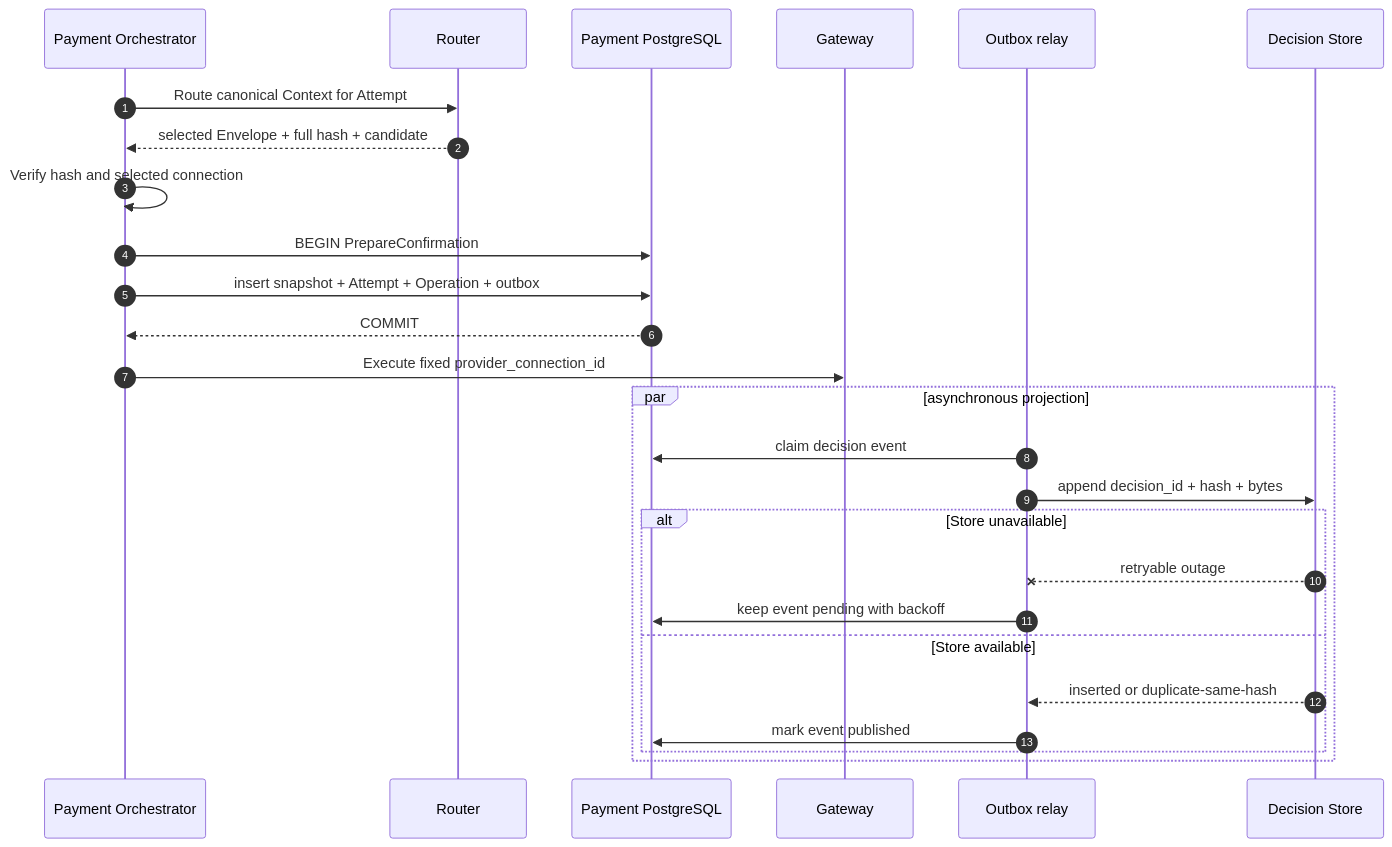
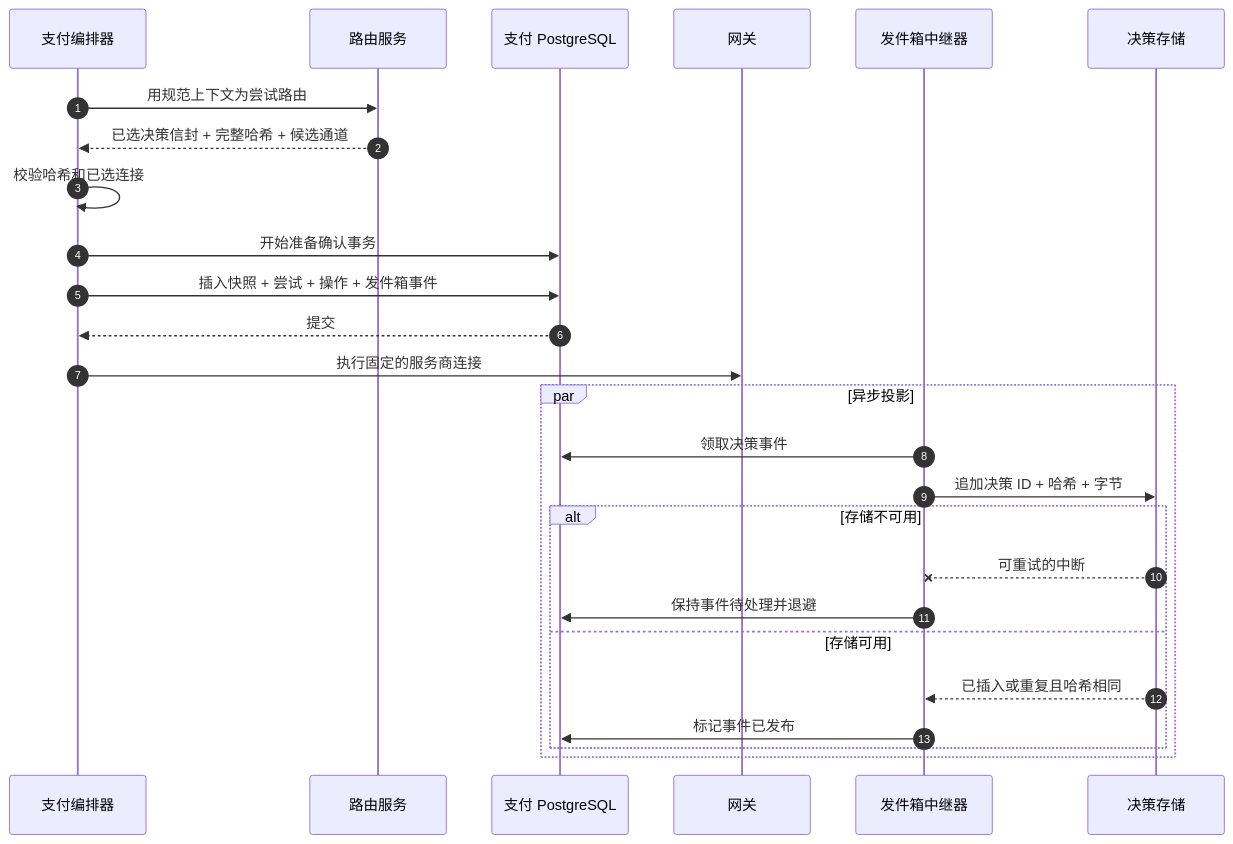
The second of 4 diagrams in part-4-operating-at-scale/routing-decision-store.md (YouEclipse/Designing-Modern-Payment-Systems), drawn with Mermaid before and after one commit. The commit also changed other lines of this file and 59 other files, not shown here.

````diff
--- a/part-4-operating-at-scale/routing-decision-store.md
+++ b/part-4-operating-at-scale/routing-decision-store.md
@@ -434,29 +434,29 @@
 ```mermaid
 sequenceDiagram
     autonumber
-    participant P as Payment Orchestrator
-    participant R as Router
-    participant DB as Payment PostgreSQL
-    participant G as Gateway
-    participant O as Outbox relay
-    participant S as Decision Store
+    participant P as 支付编排器
+    participant R as 路由服务
+    participant DB as 支付 PostgreSQL
+    participant G as 网关
+    participant O as 发件箱中继器
+    participant S as 决策存储
 
-    P->>R: Route canonical Context for Attempt
-    R-->>P: selected Envelope + full hash + candidate
-    P->>P: Verify hash and selected connection
-    P->>DB: BEGIN PrepareConfirmation
-    P->>DB: insert snapshot + Attempt + Operation + outbox
-    DB-->>P: COMMIT
-    P->>G: Execute fixed provider_connection_id
-    par asynchronous projection
-        O->>DB: claim decision event
-        O->>S: append decision_id + hash + bytes
-        alt Store unavailable
-            S--xO: retryable outage
-            O->>DB: keep event pending with backoff
-        else Store available
-            S-->>O: inserted or duplicate-same-hash
-            O->>DB: mark event published
+    P->>R: 用规范上下文为尝试路由
+    R-->>P: 已选决策信封 + 完整哈希 + 候选通道
+    P->>P: 校验哈希和已选连接
+    P->>DB: 开始准备确认事务
+    P->>DB: 插入快照 + 尝试 + 操作 + 发件箱事件
+    DB-->>P: 提交
+    P->>G: 执行固定的服务商连接
+    par 异步投影
+        O->>DB: 领取决策事件
+        O->>S: 追加决策 ID + 哈希 + 字节
+        alt 存储不可用
+            S--xO: 可重试的中断
+            O->>DB: 保持事件待处理并退避
+        else 存储可用
+            S-->>O: 已插入或重复且哈希相同
+            O->>DB: 标记事件已发布
         end
     end
 ```
````
